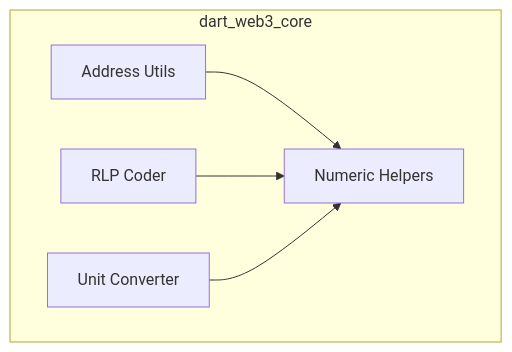
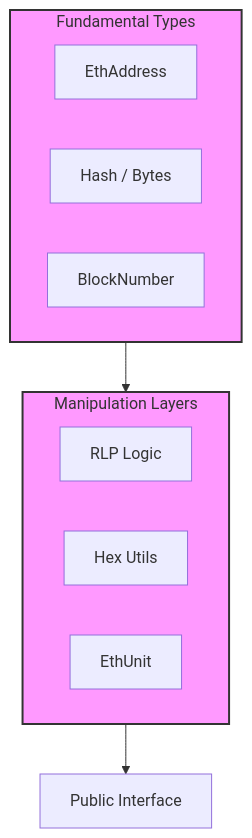
The diagram in dart_web3/packages/core/README.md (ImL1s/dart_web3), drawn with Mermaid before and after one commit. The commit also changed other lines of this file and 31 other files, not shown here.

````diff
--- a/dart_web3/packages/core/README.md
+++ b/dart_web3/packages/core/README.md
@@ -15,13 +18,20 @@
 ```mermaid
 graph TD
-    subgraph Core [dart_web3_core]
-        Address[Address Utils]
-        RLP[RLP Coder]
-        Numeric[Numeric Helpers]
-        Units[Unit Converter]
+    subgraph Primitives [Fundamental Types]
+        Address[EthAddress]
+        Hash[Hash / Bytes]
+        BlockNum[BlockNumber]
     end
+
+    subgraph Logic [Manipulation Layers]
+        RLP[RLP Logic]
+        Hex[Hex Utils]
+        Units[EthUnit]
+    end
+
+    Primitives --> Logic
+    Logic --> API[Public Interface]
     
-    Address --> Numeric
-    RLP --> Numeric
-    Units --> Numeric
+    classDef primary fill:#f9f,stroke:#333,stroke-width:2px;
+    class Primitives,Logic primary;
 ```
````
